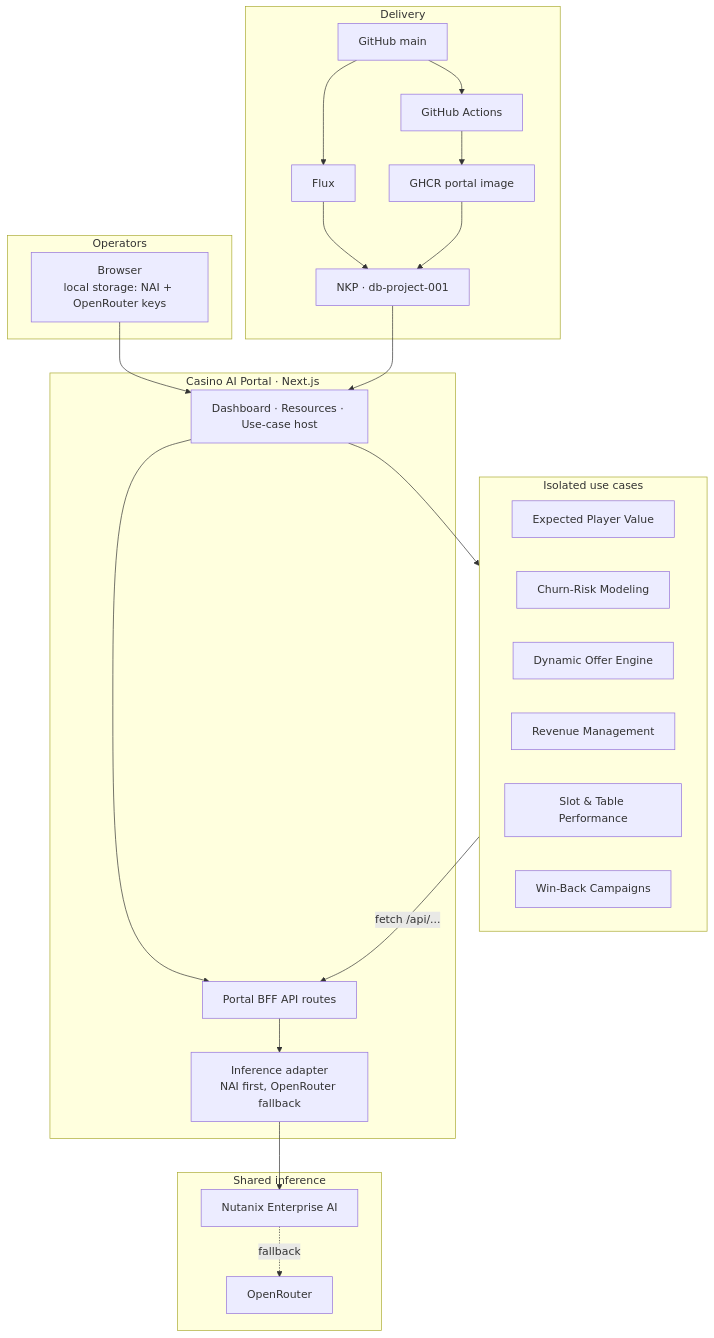
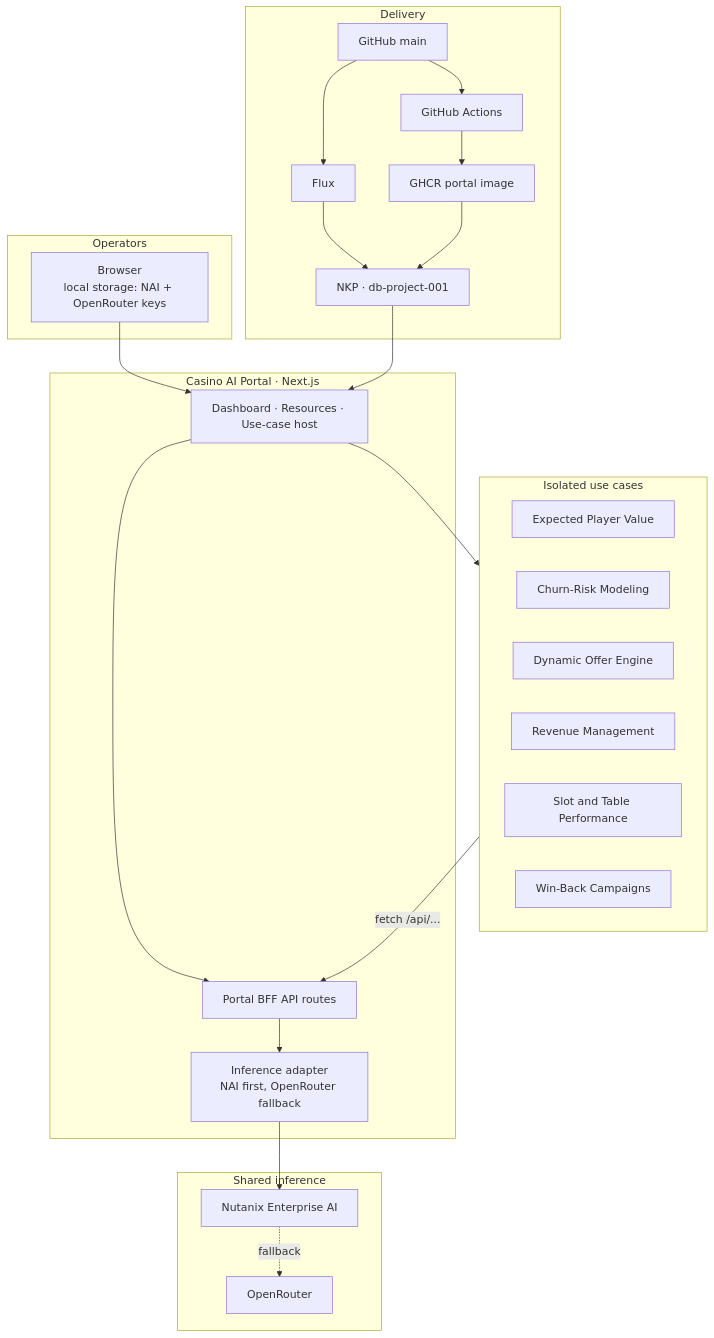
The diagram in README.md (script-repo/ucdemo-001-casino), drawn with Mermaid before and after one commit.

Commit message:
Fix mermaid label in architecture diagram

````diff
--- a/README.md
+++ b/README.md
@@ -35,46 +35,46 @@
 ```mermaid
 flowchart TB
   subgraph operators["Operators"]
     Browser["Browser<br/>local storage: NAI + OpenRouter keys"]
   end
 
   subgraph portal["Casino AI Portal · Next.js"]
     UI["Dashboard · Resources · Use-case host"]
     BFF["Portal BFF API routes"]
     GW["Inference adapter<br/>NAI first, OpenRouter fallback"]
     UI --> BFF
     BFF --> GW
   end
 
   subgraph usecases["Isolated use cases"]
     EPV["Expected Player Value"]
     Churn["Churn-Risk Modeling"]
     Offer["Dynamic Offer Engine"]
     Rev["Revenue Management"]
-    Floor["Slot &amp; Table Performance"]
+    Floor["Slot and Table Performance"]
     Win["Win-Back Campaigns"]
   end
 
   subgraph inference["Shared inference"]
     NAI["Nutanix Enterprise AI"]
     OR["OpenRouter"]
   end
 
   subgraph gitops["Delivery"]
     Git["GitHub main"]
     GHA["GitHub Actions"]
     GHCR["GHCR portal image"]
     Flux["Flux"]
     NKP["NKP · db-project-001"]
   end
 
   Browser --> UI
   UI --> usecases
   usecases -->|"fetch /api/..."| BFF
   GW --> NAI
   NAI -.->|"fallback"| OR
   Git --> GHA --> GHCR
   Git --> Flux --> NKP
   GHCR --> NKP
   NKP --> UI
 ```
````
